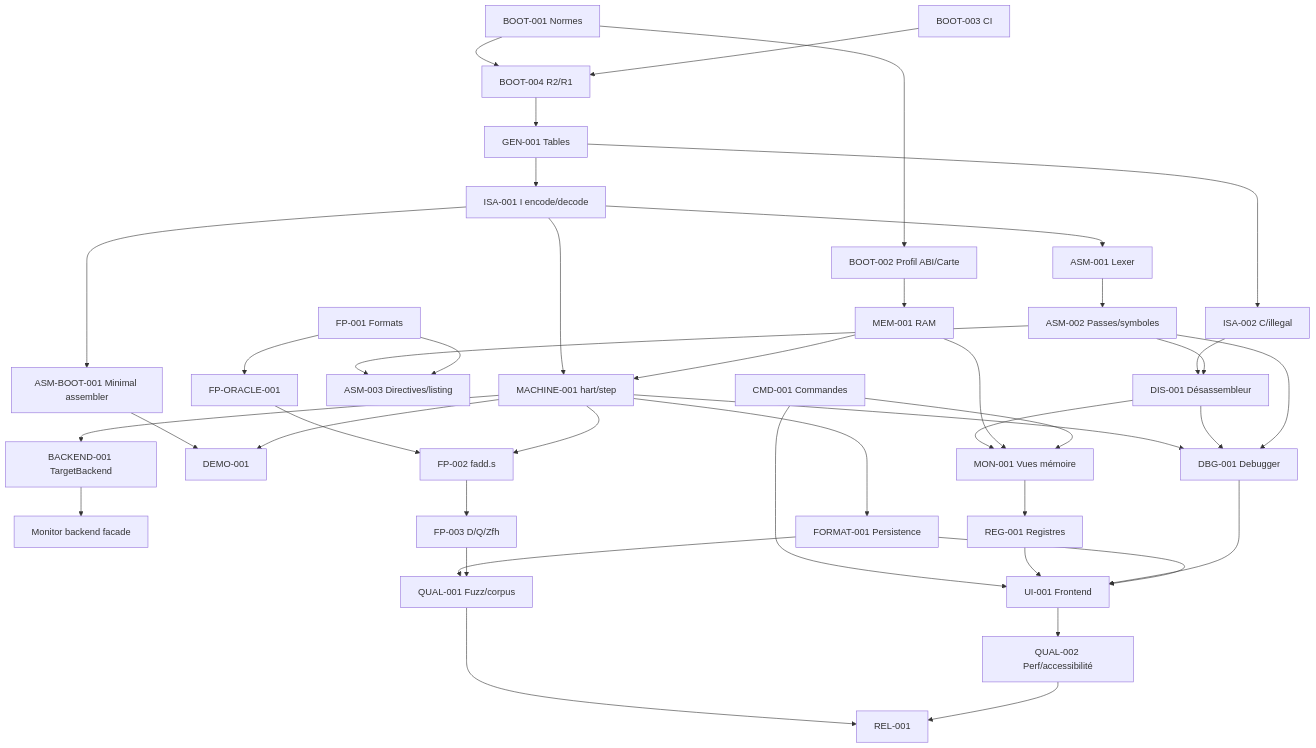
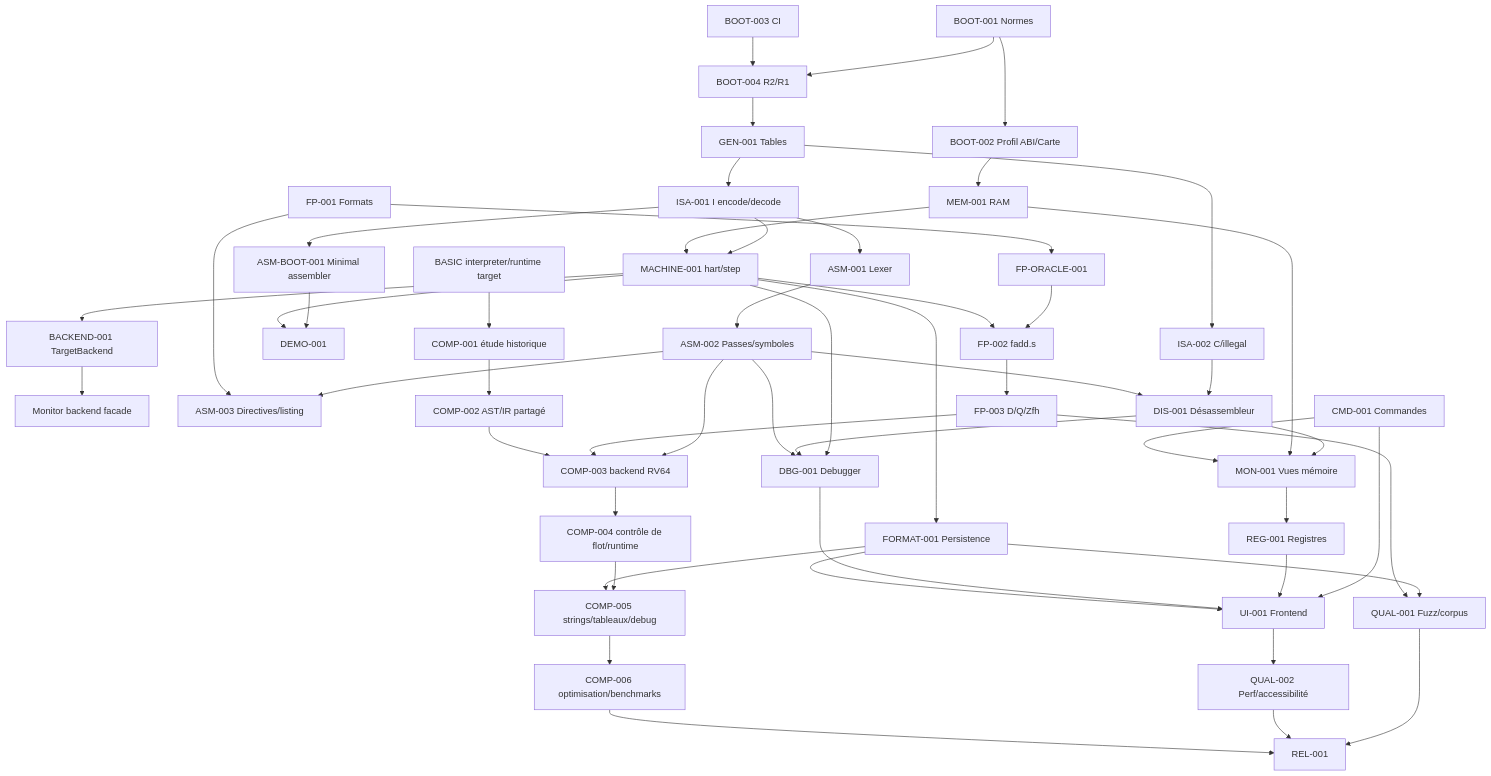
One commit to cyrilmhansen/rvmon changed the diagram in docs/DEPENDENCIES.md. Above: the diagram before and after it, drawn with Mermaid. The commit also changed other lines of this file and 6 other files, not shown here.

Commit message:
docs(basic): record runtime and compiler boundaries

````diff
--- a/docs/DEPENDENCIES.md
+++ b/docs/DEPENDENCIES.md
@@ -37,44 +43,54 @@
 ```mermaid
 flowchart TD
   B1[BOOT-001 Normes] --> B4[BOOT-004 R2/R1]
   B3[BOOT-003 CI] --> B4
   B2[BOOT-002 Profil ABI/Carte] --> MEM[MEM-001 RAM]
   B1 --> B2
   B4 --> GEN[GEN-001 Tables]
   GEN --> I1[ISA-001 I encode/decode]
   GEN --> I2[ISA-002 C/illegal]
   I1 --> MACH[MACHINE-001 hart/step]
   MEM --> MACH
   MACH --> BE[BACKEND-001 TargetBackend]
   BE --> MONITOR[Monitor backend facade]
   I1 --> AB[ASM-BOOT-001 Minimal assembler]
   AB --> DEMO[DEMO-001]
   MACH --> DEMO
   I1 --> ASM1[ASM-001 Lexer]
   ASM1 --> ASM2[ASM-002 Passes/symboles]
   ASM2 --> ASM3[ASM-003 Directives/listing]
   I2 --> DIS[DIS-001 Désassembleur]
   ASM2 --> DIS
   FP1[FP-001 Formats] --> FPO[FP-ORACLE-001]
   FPO --> FP2[FP-002 fadd.s]
   FP2 --> FP3[FP-003 D/Q/Zfh]
   FP1 --> ASM3
   MACH --> FP2
   DIS --> MON[MON-001 Vues mémoire]
   MEM --> MON
   CMD[CMD-001 Commandes] --> MON
   MON --> REG[REG-001 Registres]
   MACH --> DBG[DBG-001 Debugger]
   DIS --> DBG
   ASM2 --> DBG
   CMD --> UI[UI-001 Frontend]
   REG --> UI
   DBG --> UI
   FORMAT[FORMAT-001 Persistence] --> UI
   MACH --> FORMAT
   UI --> Q2[QUAL-002 Perf/accessibilité]
   FORMAT --> Q1[QUAL-001 Fuzz/corpus]
   FP3 --> Q1
   Q1 --> REL[REL-001]
   Q2 --> REL
+  BASIC[BASIC interpreter/runtime target] --> C0[COMP-001 étude historique]
+  C0 --> C1[COMP-002 AST/IR partagé]
+  ASM2 --> C2[COMP-003 backend RV64]
+  FP3 --> C2
+  C1 --> C2
+  C2 --> C3[COMP-004 contrôle de flot/runtime]
+  C3 --> C4[COMP-005 strings/tableaux/debug]
+  FORMAT --> C4
+  C4 --> C5[COMP-006 optimisation/benchmarks]
+  C5 --> REL
 ```
````
